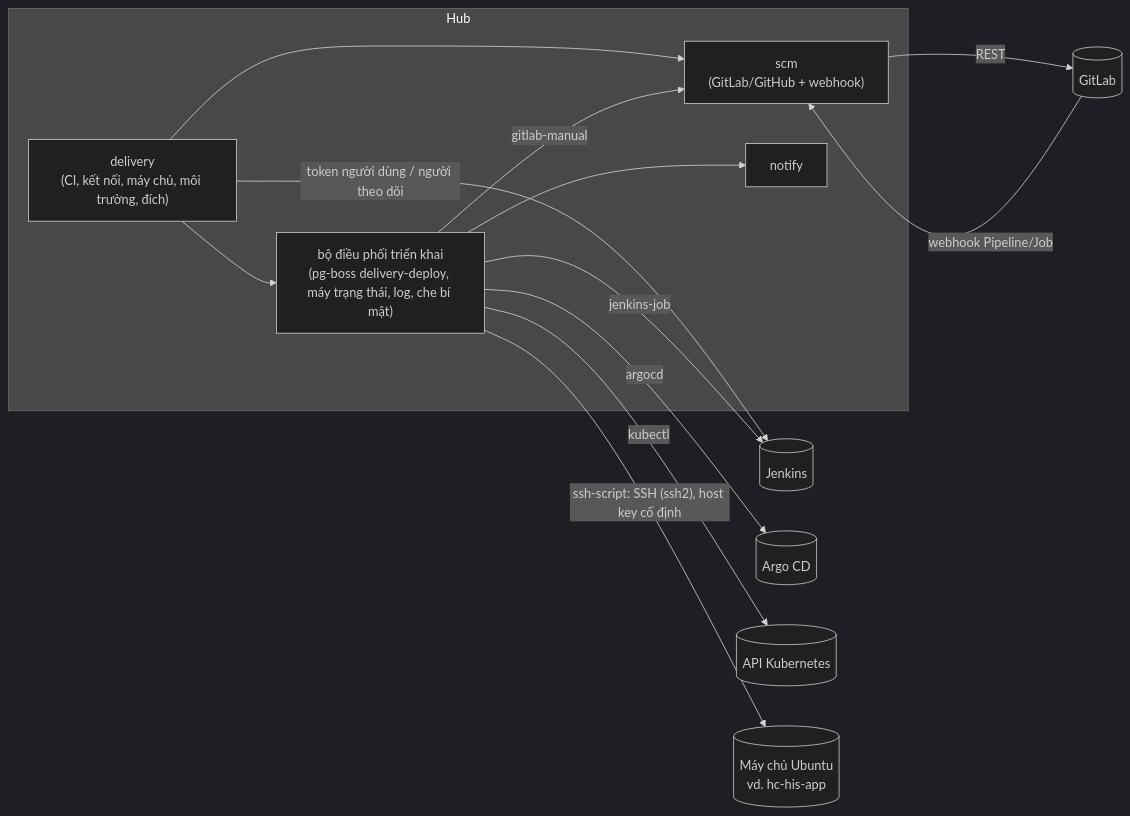
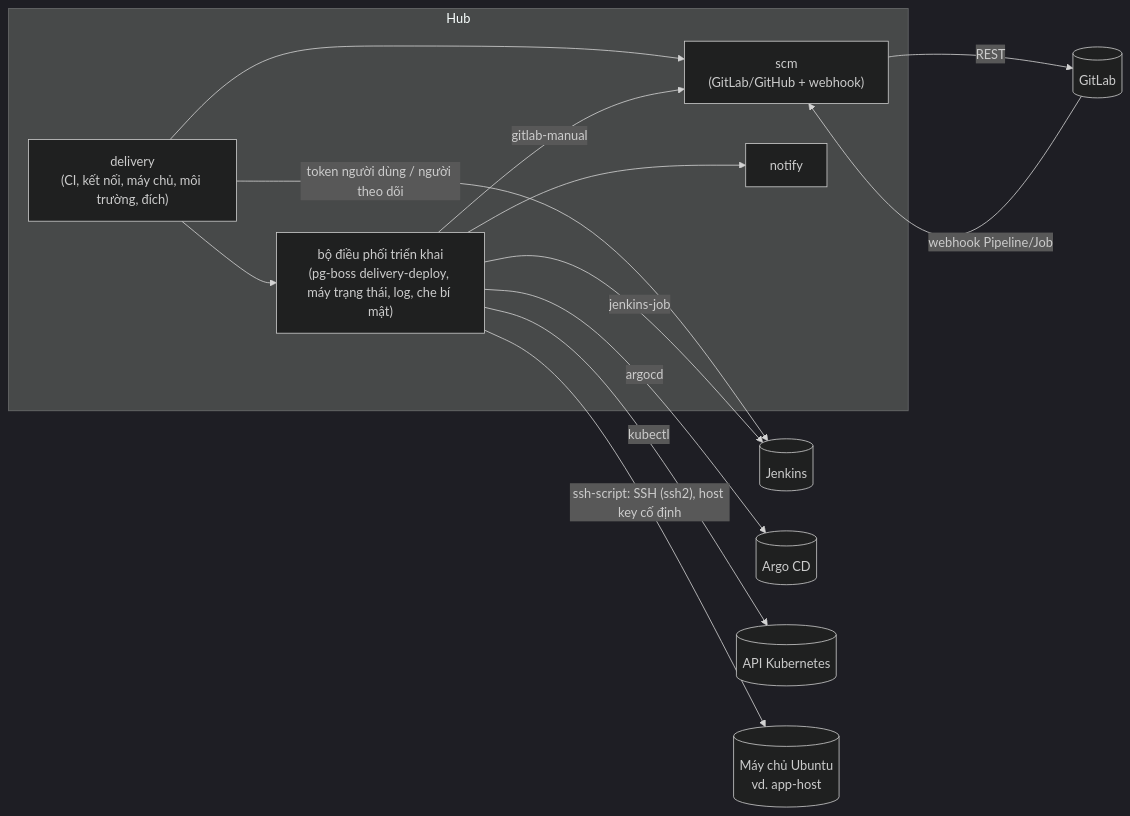
The diagram in specs/020-cicd-console/plan.md (tdduydev/xdev-hive), drawn with Mermaid (dark theme) before and after one commit. The commit also changed other lines of this file and 109 other files, not shown here.

````diff
--- a/specs/020-cicd-console/plan.md
+++ b/specs/020-cicd-console/plan.md
@@ -58,24 +58,24 @@
 ```mermaid
 flowchart LR
   subgraph Hub
     D["delivery\n(CI, kết nối, máy chủ, môi trường, đích)"]
     O["bộ điều phối triển khai\n(pg-boss delivery-deploy, máy trạng thái, log, che bí mật)"]
     S["scm\n(GitLab/GitHub + webhook)"]
     N["notify"]
   end
   J[("Jenkins")]
   G[("GitLab")]
   A[("Argo CD")]
   K[("API Kubernetes")]
-  M[("Máy chủ Ubuntu\nvd. hc-his-app")]
+  M[("Máy chủ Ubuntu\nvd. app-host")]
   D -- "token người dùng / người theo dõi" --> J
   D --> S -- REST --> G
   G -- "webhook Pipeline/Job" --> S
   D --> O
   O -- "ssh-script: SSH (ssh2), host key cố định" --> M
   O -- "jenkins-job" --> J
   O -- "gitlab-manual" --> S
   O -- "argocd" --> A
   O -- "kubectl" --> K
   O --> N
 ```
````
